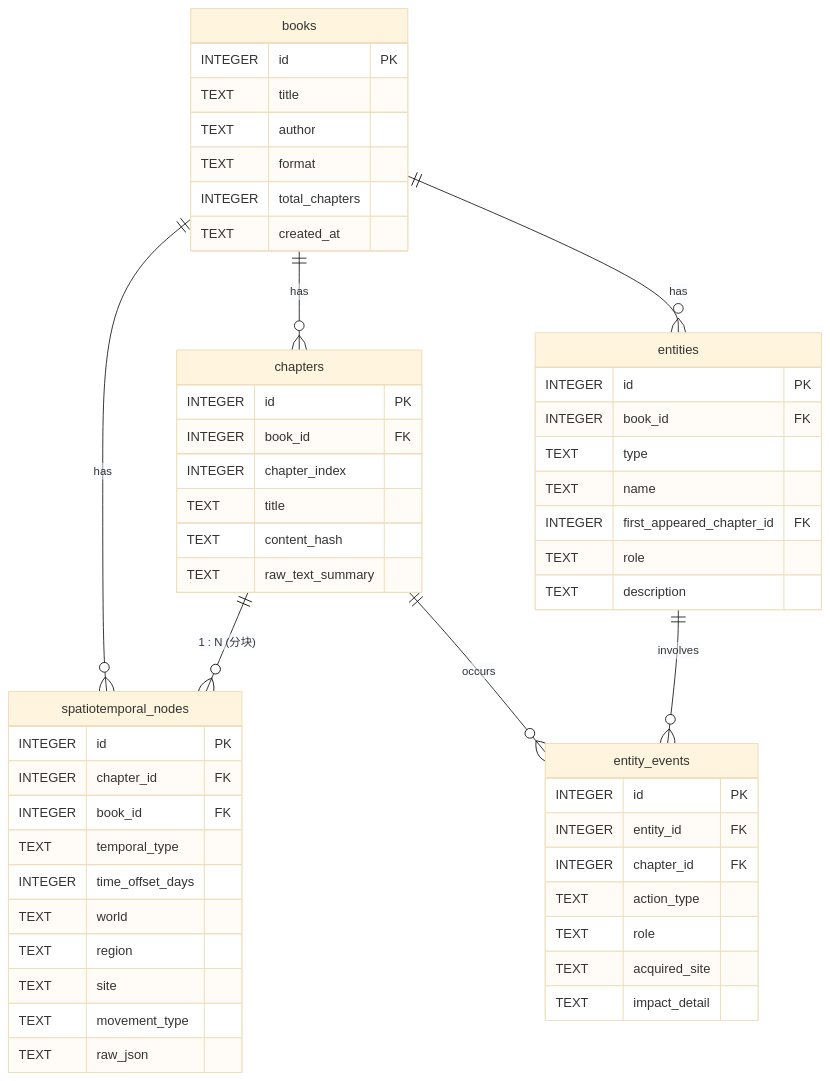
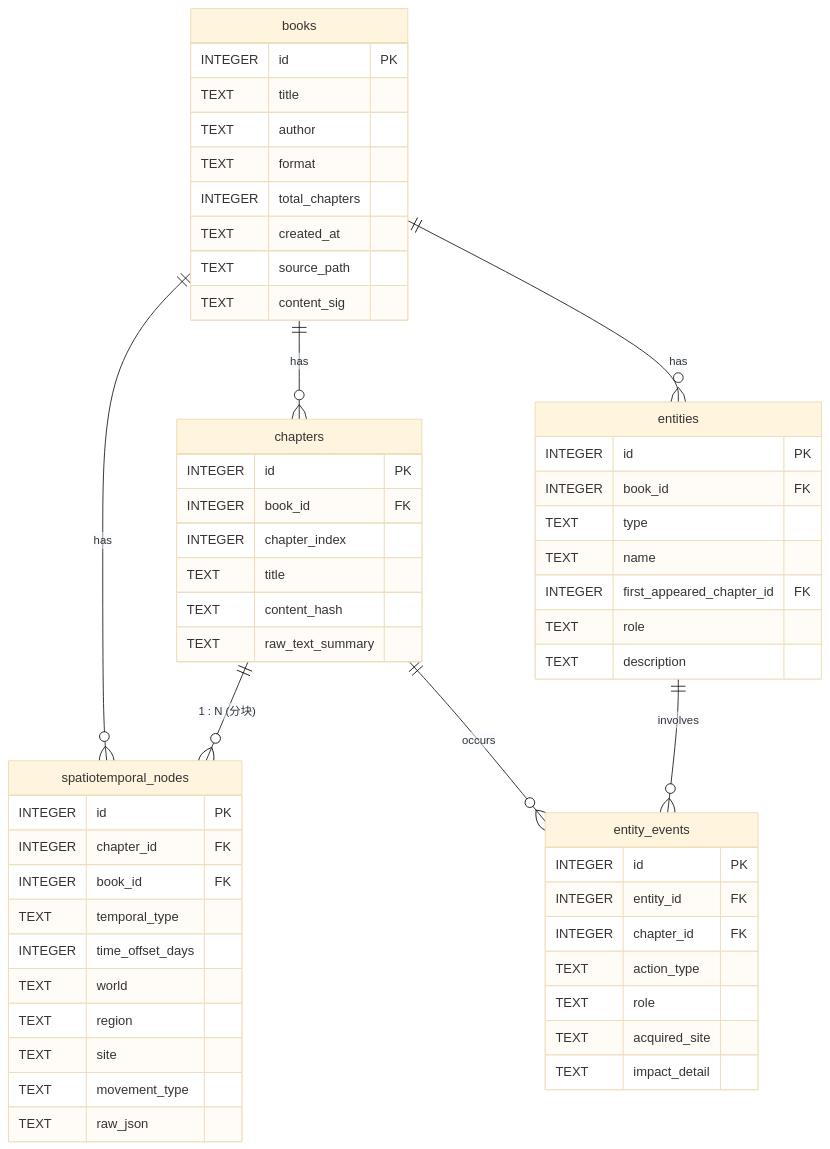
Before and after one commit to yetian/novel_vis: the fourth of 6 diagrams in design.md, drawn with Mermaid (base theme). The commit also changed other lines of this file and 21 other files, not shown here.

First line of the commit message:
fix(core): reload source on demand + friendly error text v0.1.14

````diff
--- a/design.md
+++ b/design.md
@@ -131,56 +131,58 @@
 ```mermaid
 erDiagram
   books ||--o{ chapters : has
   books ||--o{ spatiotemporal_nodes : has
   books ||--o{ entities : has
   chapters ||--o{ spatiotemporal_nodes : "1 : N (分块)"
   chapters ||--o{ entity_events : occurs
   entities ||--o{ entity_events : involves
 
   books {
     INTEGER id PK
     TEXT title
     TEXT author
     TEXT format
     INTEGER total_chapters
     TEXT created_at
+    TEXT source_path
+    TEXT content_sig
   }
   chapters {
     INTEGER id PK
     INTEGER book_id FK
     INTEGER chapter_index
     TEXT title
     TEXT content_hash
     TEXT raw_text_summary
   }
   spatiotemporal_nodes {
     INTEGER id PK
     INTEGER chapter_id FK
     INTEGER book_id FK
     TEXT temporal_type
     INTEGER time_offset_days
     TEXT world
     TEXT region
     TEXT site
     TEXT movement_type
     TEXT raw_json
   }
   entities {
     INTEGER id PK
     INTEGER book_id FK
     TEXT type
     TEXT name
     INTEGER first_appeared_chapter_id FK
     TEXT role
     TEXT description
   }
   entity_events {
     INTEGER id PK
     INTEGER entity_id FK
     INTEGER chapter_id FK
     TEXT action_type
     TEXT role
     TEXT acquired_site
     TEXT impact_detail
   }
 ```
````
